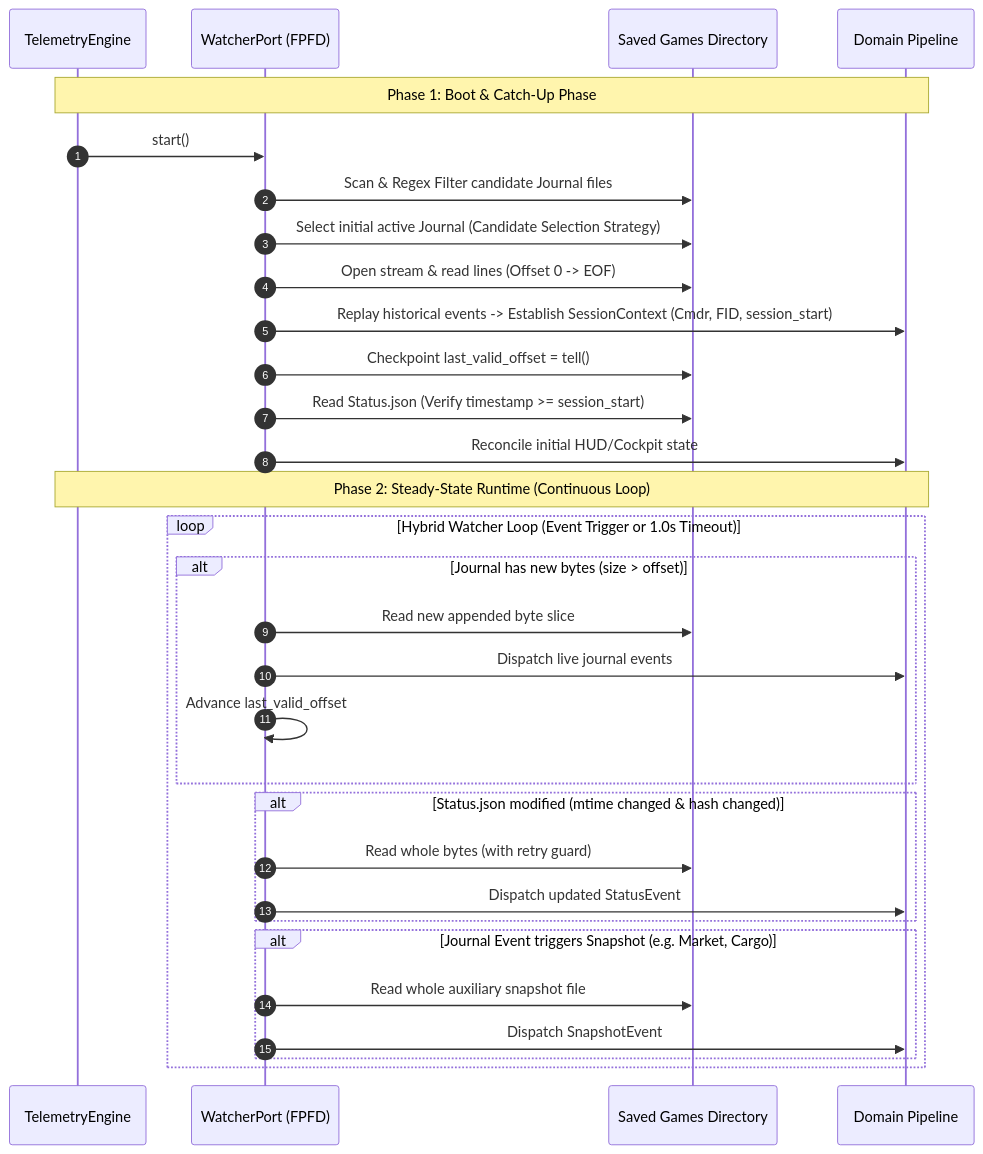
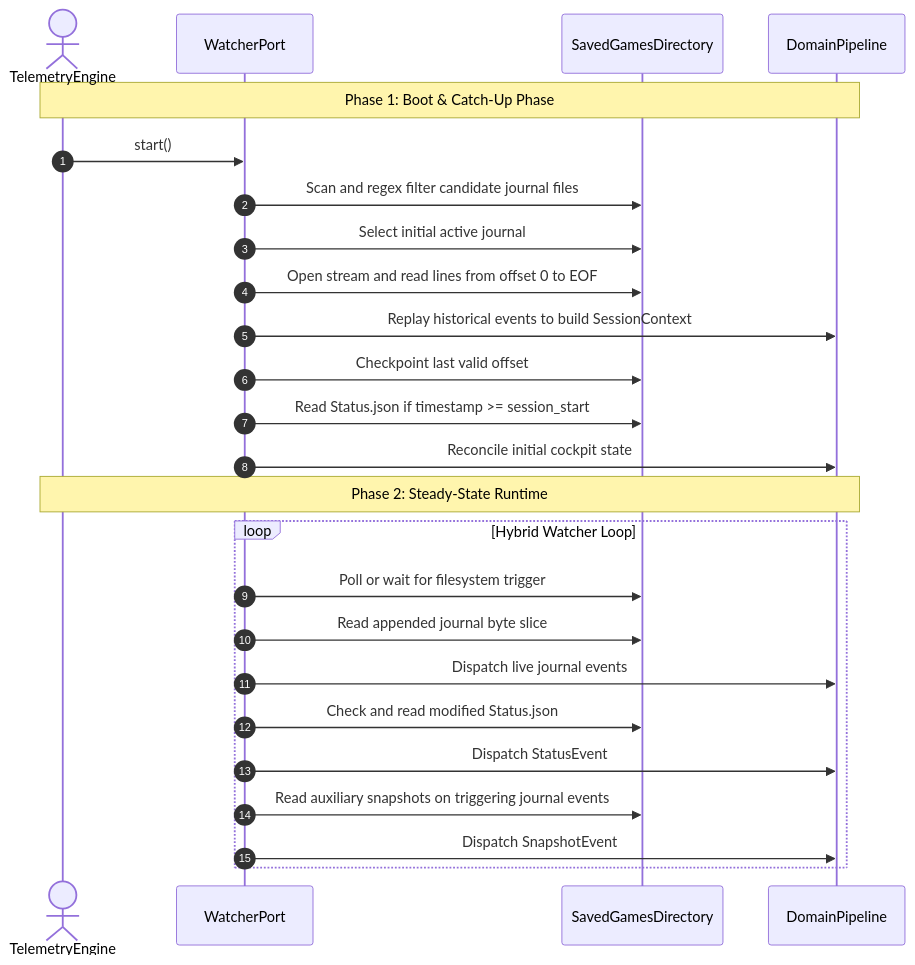
One commit to mnaatjes/ed-telemetry changed the second of 2 diagrams in architecture/notes/pre_adr_file_presence_freshness_detection.md. Above: the diagram before and after it, drawn with Mermaid.

Commit message:
docs(architecture): sanitize Mermaid sequence diagram syntax

````diff
--- a/architecture/notes/pre_adr_file_presence_freshness_detection.md
+++ b/architecture/notes/pre_adr_file_presence_freshness_detection.md
@@ -114,35 +114,29 @@
 ```mermaid
 sequenceDiagram
     autonumber
-    participant Engine as TelemetryEngine
-    participant Watcher as WatcherPort (FPFD)
-    participant Disk as Saved Games Directory
-    participant Domain as Domain Pipeline
+    actor Engine as TelemetryEngine
+    participant Watcher as WatcherPort
+    participant Disk as SavedGamesDirectory
+    participant Domain as DomainPipeline
 
     Note over Engine,Domain: Phase 1: Boot & Catch-Up Phase
     Engine->>Watcher: start()
-    Watcher->>Disk: Scan & Regex Filter candidate Journal files
-    Watcher->>Disk: Select initial active Journal (Candidate Selection Strategy)
-    Watcher->>Disk: Open stream & read lines (Offset 0 -> EOF)
-    Watcher->>Domain: Replay historical events -> Establish SessionContext (Cmdr, FID, session_start)
-    Watcher->>Disk: Checkpoint last_valid_offset = tell()
-    Watcher->>Disk: Read Status.json (Verify timestamp >= session_start)
-    Watcher->>Domain: Reconcile initial HUD/Cockpit state
+    Watcher->>Disk: Scan and regex filter candidate journal files
+    Watcher->>Disk: Select initial active journal
+    Watcher->>Disk: Open stream and read lines from offset 0 to EOF
+    Watcher->>Domain: Replay historical events to build SessionContext
+    Watcher->>Disk: Checkpoint last valid offset
+    Watcher->>Disk: Read Status.json if timestamp >= session_start
+    Watcher->>Domain: Reconcile initial cockpit state
 
-    Note over Engine,Domain: Phase 2: Steady-State Runtime (Continuous Loop)
-    loop Hybrid Watcher Loop (Event Trigger or 1.0s Timeout)
-        alt Journal has new bytes (size > offset)
-            Watcher->>Disk: Read new appended byte slice
-            Watcher->>Domain: Dispatch live journal events
-            Watcher->>Watcher: Advance last_valid_offset
-        end
-        alt Status.json modified (mtime changed & hash changed)
-            Watcher->>Disk: Read whole bytes (with retry guard)
-            Watcher->>Domain: Dispatch updated StatusEvent
-        end
-        alt Journal Event triggers Snapshot (e.g. Market, Cargo)
-            Watcher->>Disk: Read whole auxiliary snapshot file
-            Watcher->>Domain: Dispatch SnapshotEvent
-        end
+    Note over Engine,Domain: Phase 2: Steady-State Runtime
+    loop Hybrid Watcher Loop
+        Watcher->>Disk: Poll or wait for filesystem trigger
+        Watcher->>Disk: Read appended journal byte slice
+        Watcher->>Domain: Dispatch live journal events
+        Watcher->>Disk: Check and read modified Status.json
+        Watcher->>Domain: Dispatch StatusEvent
+        Watcher->>Disk: Read auxiliary snapshots on triggering journal events
+        Watcher->>Domain: Dispatch SnapshotEvent
     end
 ```
````
